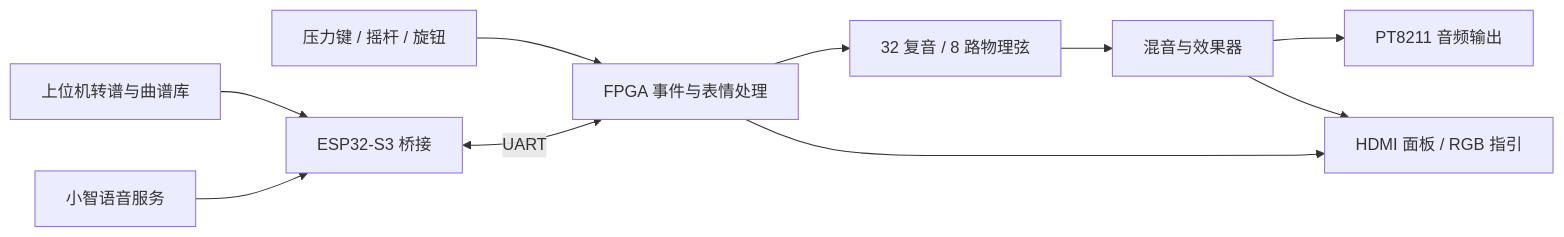
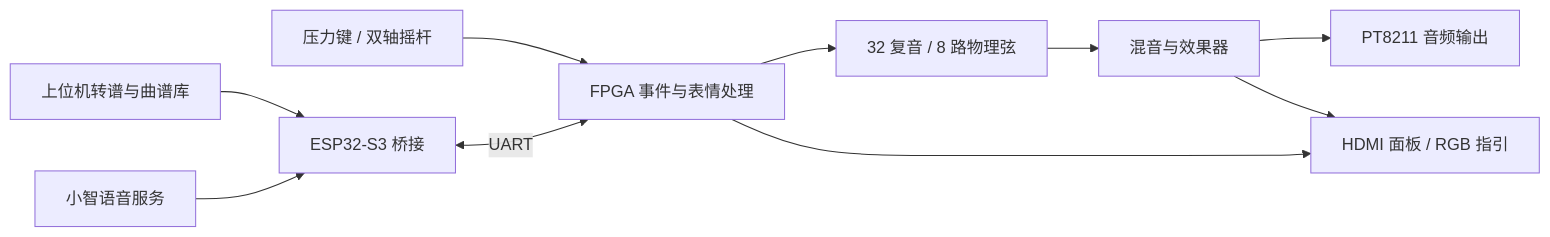
The diagram in README.md (hckwhr/fpga-instrument), drawn with Mermaid before and after one commit. The commit also changed other lines of this file and 9 other files, not shown here.

````diff
--- a/README.md
+++ b/README.md
@@ -13,12 +13,12 @@
 ```mermaid
 flowchart LR
-    A[压力键 / 摇杆 / 旋钮] --> B[FPGA 事件与表情处理]
+    A[压力键 / 双轴摇杆] --> B[FPGA 事件与表情处理]
     P[上位机转谱与曲谱库] --> E[ESP32-S3 桥接]
     V[小智语音服务] --> E
     E <-->|UART| B
     B --> C[32 复音 / 8 路物理弦]
     C --> D[混音与效果器]
     D --> F[PT8211 音频输出]
     B --> H[HDMI 面板 / RGB 指引]
     D --> H
 ```
````
